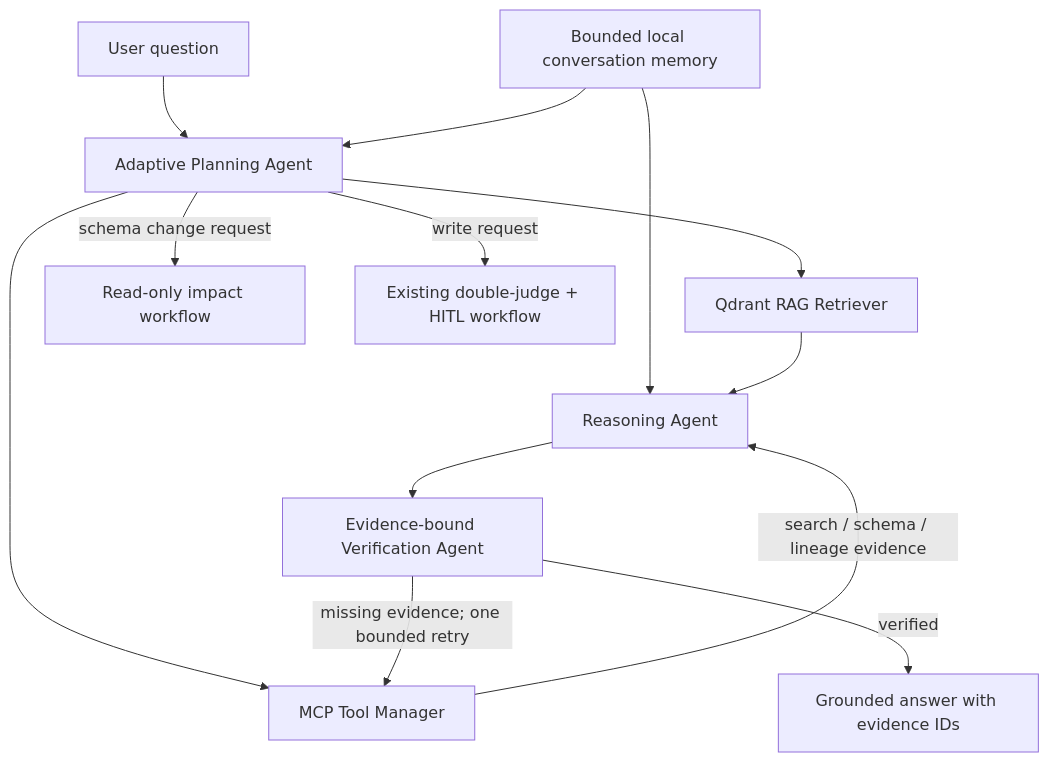
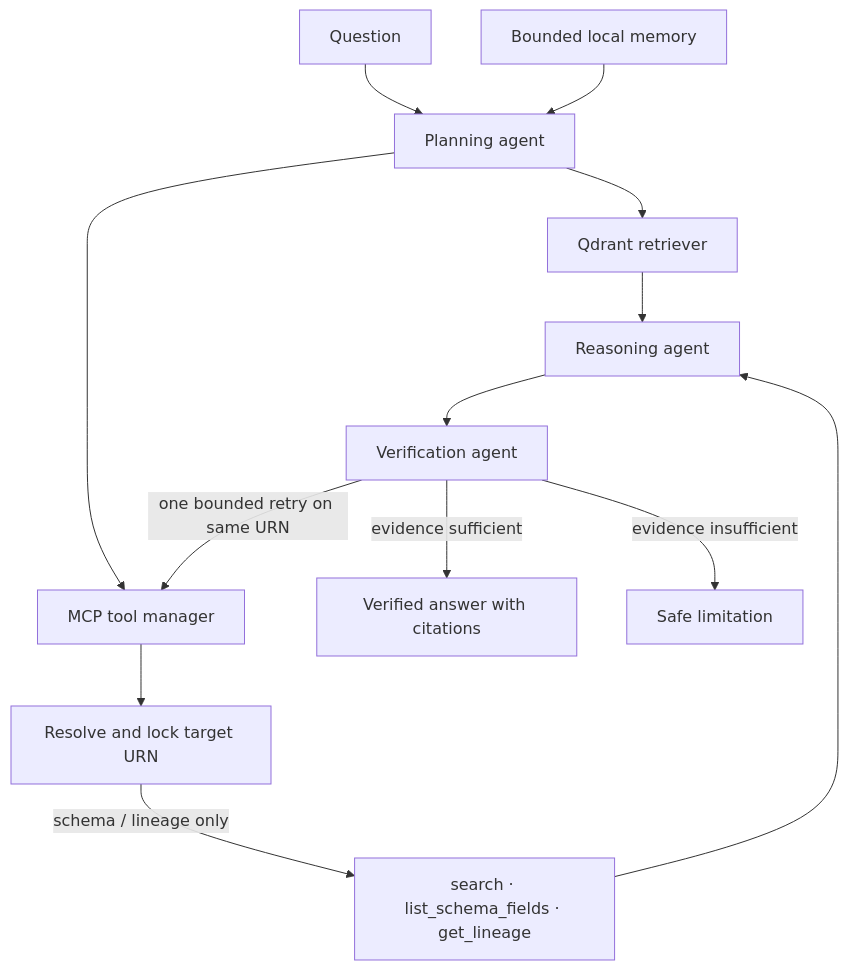
The second of 3 diagrams in README.md (omarfh111/LineageGuard-AI), drawn with Mermaid before and after one commit. The commit also changed other lines of this file and 15 other files, not shown here.

````diff
--- a/README.md
+++ b/README.md
@@ -60,15 +47,15 @@
 ```mermaid
 flowchart TD
-    Q[User question] --> P[Adaptive Planning Agent]
-    MEM[Bounded local conversation memory] --> P
-    MEM --> X
-    P --> R[Qdrant RAG Retriever]
-    P --> M[MCP Tool Manager]
-    R --> X[Reasoning Agent]
-    M -->|search / schema / lineage evidence| X
-    X --> V[Evidence-bound Verification Agent]
-    V -->|missing evidence; one bounded retry| M
-    V -->|verified| A[Grounded answer with evidence IDs]
-    P -->|schema change request| W[Read-only impact workflow]
-    P -->|write request| HITL[Existing double-judge + HITL workflow]
+    Q["Question"] --> P["Planning agent"]
+    Memory["Bounded local memory"] --> P
+    P --> R["Qdrant retriever"]
+    P --> T["MCP tool manager"]
+    T --> Resolve["Resolve and lock target URN"]
+    Resolve -->|"schema / lineage only"| Tools["search · list_schema_fields · get_lineage"]
+    R --> Reason["Reasoning agent"]
+    Tools --> Reason
+    Reason --> Verify["Verification agent"]
+    Verify -->|"one bounded retry on same URN"| T
+    Verify -->|"evidence sufficient"| Answer["Verified answer with citations"]
+    Verify -->|"evidence insufficient"| Limited["Safe limitation"]
 ```
````
